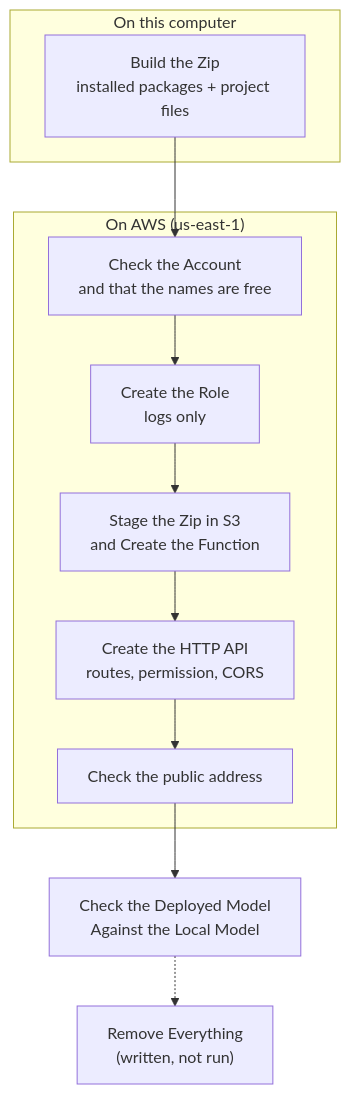
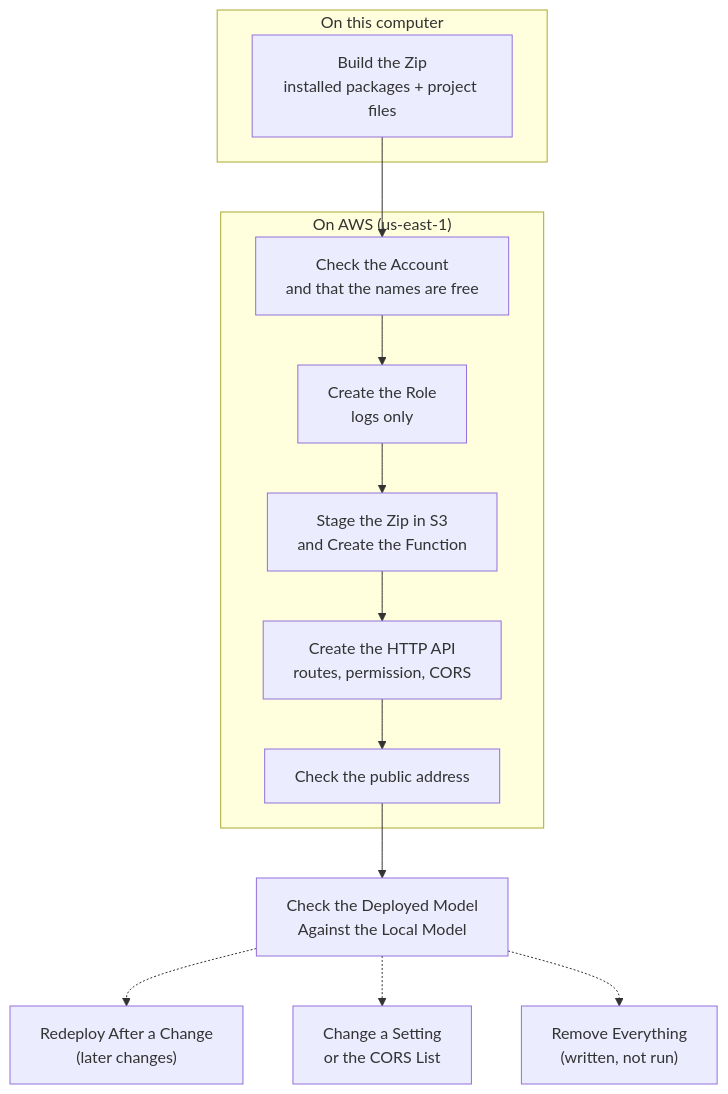
Before and after one commit to jconnors23/510-m3-nfl-prediction-analytics: the first of 2 diagrams in docs/implementation/phase-4/deployment-guide.md, drawn with Mermaid. The commit also changed other lines of this file and 26 other files, not shown here.

````diff
--- a/docs/implementation/phase-4/deployment-guide.md
+++ b/docs/implementation/phase-4/deployment-guide.md
@@ -12,15 +12,17 @@
 ```mermaid
 flowchart TB
     subgraph Local["On this computer"]
         A["Build the Zip<br/>installed packages + project files"]
     end
     subgraph AWS["On AWS (us-east-1)"]
         B["Check the Account<br/>and that the names are free"] --> C["Create the Role<br/>logs only"]
         C --> D["Stage the Zip in S3<br/>and Create the Function"]
         D --> E["Create the HTTP API<br/>routes, permission, CORS"]
         E --> F["Check the public address"]
     end
     A --> B
     F --> G["Check the Deployed Model<br/>Against the Local Model"]
+    G -.-> R["Redeploy After a Change<br/>(later changes)"]
+    G -.-> S["Change a Setting<br/>or the CORS List"]
     G -.-> H["Remove Everything<br/>(written, not run)"]
 ```
````
